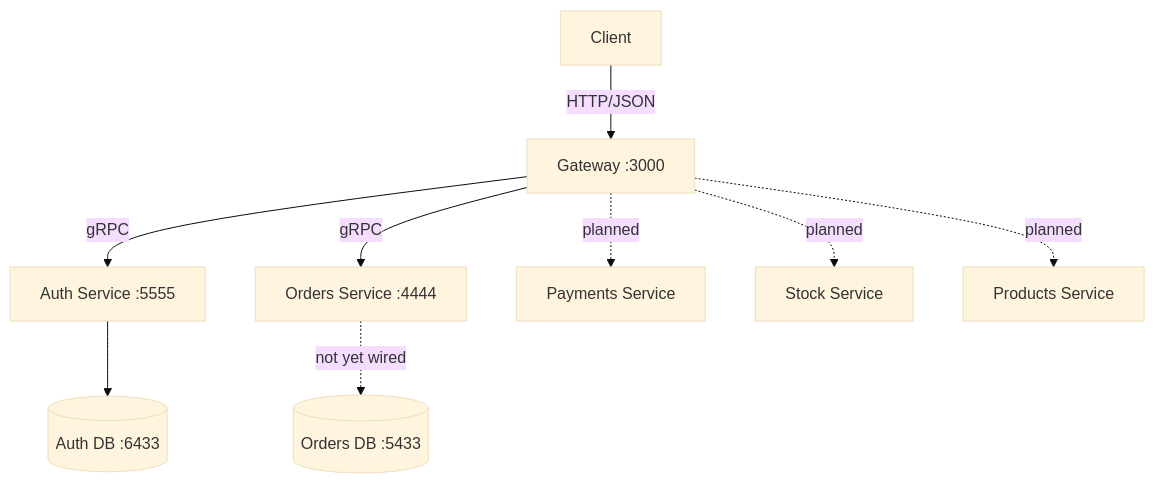
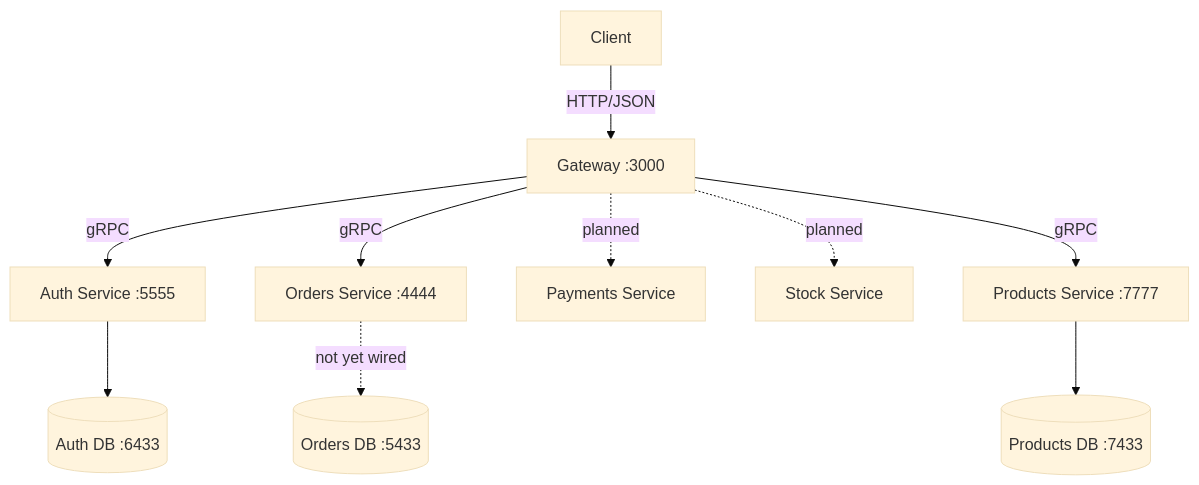
Before and after one commit to Akene-Uzezi/ecommerce-microservice: the diagram in README.md, drawn with Mermaid (base theme). The commit also changed other lines of this file and 1 other file, not shown here.

````diff
--- a/README.md
+++ b/README.md
@@ -7,22 +7,24 @@
 ```mermaid
 graph TB
     Client[Client]
     Gateway[Gateway :3000]
     Auth[Auth Service :5555]
     Orders[Orders Service :4444]
     Payments[Payments Service]
     Stock[Stock Service]
-    Products[Products Service]
+    Products[Products Service :7777]
     AuthDB[(Auth DB :6433)]
     OrdersDB[(Orders DB :5433)]
+    ProductsDB[(Products DB :7433)]
 
     Client -->|HTTP/JSON| Gateway
     Gateway -->|gRPC| Auth
     Gateway -->|gRPC| Orders
+    Gateway -->|gRPC| Products
     Gateway -.->|planned| Payments
     Gateway -.->|planned| Stock
-    Gateway -.->|planned| Products
 
     Auth --> AuthDB
     Orders -.->|not yet wired| OrdersDB
+    Products --> ProductsDB
 ```
````
